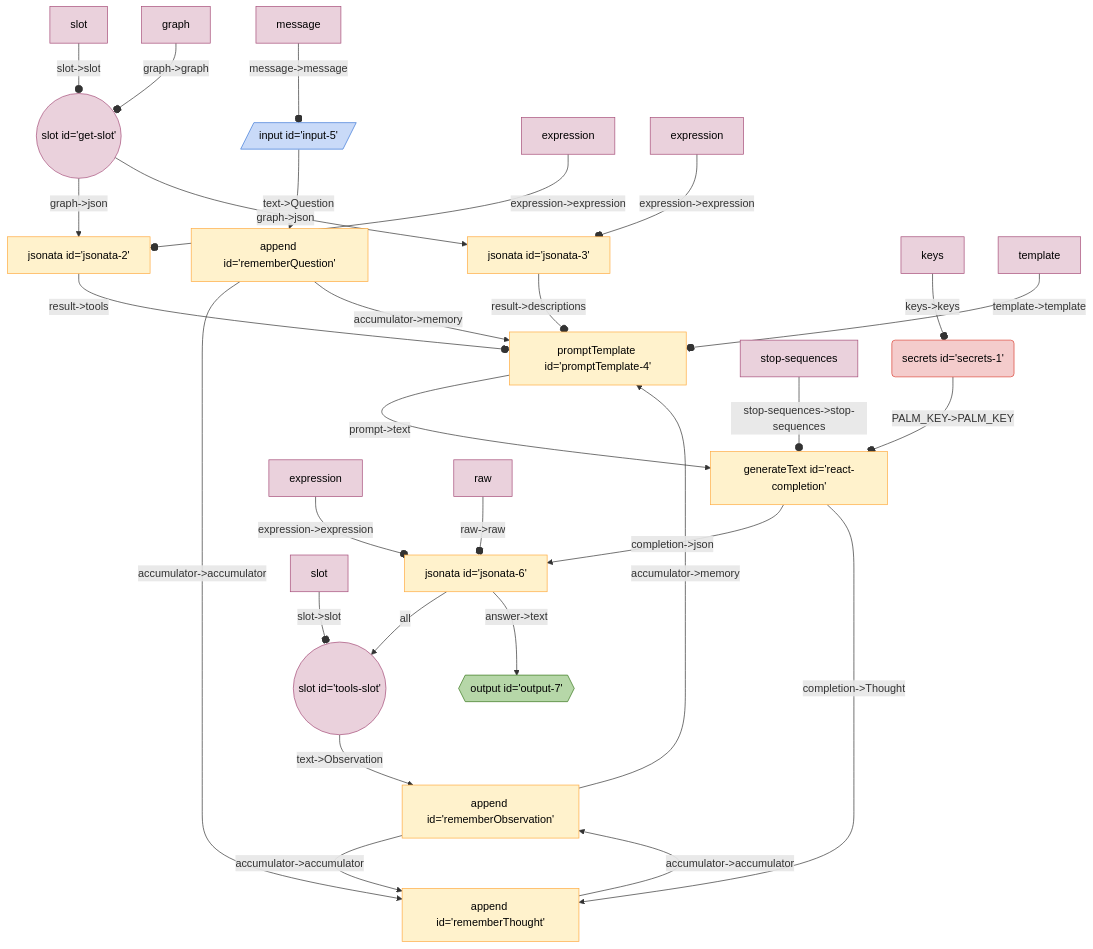
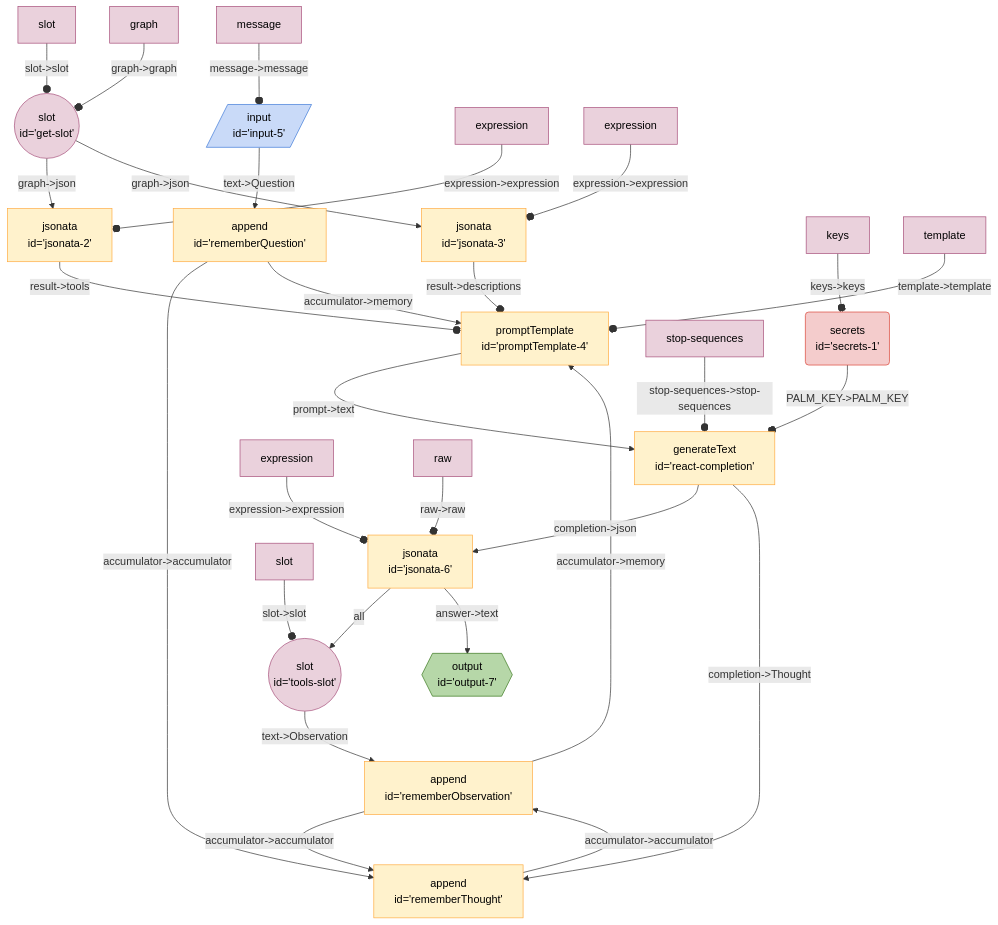
Before and after one commit to breadboard-ai/breadboard: the diagram in seeds/graph-playground/docs/graphs/react-with-slot.md, drawn with Mermaid. The commit also changed 16 other files, not shown here.

First line of the commit message:
add line break back to mermaid diagrams

````diff
--- a/seeds/graph-playground/docs/graphs/react-with-slot.md
+++ b/seeds/graph-playground/docs/graphs/react-with-slot.md
@@ -5,40 +5,40 @@
   ```mermaid
   %%{init: 'themeVariables': { 'fontFamily': 'Fira Code, monospace' }}%%
 graph TD;
-getslot(("slot id='get-slot'")):::slot -- "graph->json" --> jsonata2["jsonata id='jsonata-2'"]
-getslot(("slot id='get-slot'")):::slot -- "graph->json" --> jsonata3["jsonata id='jsonata-3'"]
-jsonata3["jsonata id='jsonata-3'"] -- "result->descriptions" --o promptTemplate4["promptTemplate id='promptTemplate-4'"]
-jsonata2["jsonata id='jsonata-2'"] -- "result->tools" --o promptTemplate4["promptTemplate id='promptTemplate-4'"]
-rememberObservation["append id='rememberObservation'"] -- "accumulator->memory" --> promptTemplate4["promptTemplate id='promptTemplate-4'"]
-rememberThought["append id='rememberThought'"] -- "accumulator->accumulator" --> rememberObservation["append id='rememberObservation'"]
-rememberObservation["append id='rememberObservation'"] -- "accumulator->accumulator" --> rememberThought["append id='rememberThought'"]
-rememberQuestion["append id='rememberQuestion'"] -- "accumulator->accumulator" --> rememberThought["append id='rememberThought'"]
-rememberQuestion["append id='rememberQuestion'"] -- "accumulator->memory" --> promptTemplate4["promptTemplate id='promptTemplate-4'"]
-input5[/"input id='input-5'"/]:::input -- "text->Question" --> rememberQuestion["append id='rememberQuestion'"]
-secrets1("secrets id='secrets-1'"):::secrets -- "PALM_KEY->PALM_KEY" --o reactcompletion["generateText id='react-completion'"]
-toolsslot(("slot id='tools-slot'")):::slot -- "text->Observation" --> rememberObservation["append id='rememberObservation'"]
-jsonata6["jsonata id='jsonata-6'"] -- all --> toolsslot(("slot id='tools-slot'")):::slot
-jsonata6["jsonata id='jsonata-6'"] -- "answer->text" --> output7{{"output id='output-7'"}}:::output
-reactcompletion["generateText id='react-completion'"] -- "completion->json" --> jsonata6["jsonata id='jsonata-6'"]
-reactcompletion["generateText id='react-completion'"] -- "completion->Thought" --> rememberThought["append id='rememberThought'"]
-promptTemplate4["promptTemplate id='promptTemplate-4'"] -- "prompt->text" --> reactcompletion["generateText id='react-completion'"]
+getslot(("slot <br> id='get-slot'")):::slot -- "graph->json" --> jsonata2["jsonata <br> id='jsonata-2'"]
+getslot(("slot <br> id='get-slot'")):::slot -- "graph->json" --> jsonata3["jsonata <br> id='jsonata-3'"]
+jsonata3["jsonata <br> id='jsonata-3'"] -- "result->descriptions" --o promptTemplate4["promptTemplate <br> id='promptTemplate-4'"]
+jsonata2["jsonata <br> id='jsonata-2'"] -- "result->tools" --o promptTemplate4["promptTemplate <br> id='promptTemplate-4'"]
+rememberObservation["append <br> id='rememberObservation'"] -- "accumulator->memory" --> promptTemplate4["promptTemplate <br> id='promptTemplate-4'"]
+rememberThought["append <br> id='rememberThought'"] -- "accumulator->accumulator" --> rememberObservation["append <br> id='rememberObservation'"]
+rememberObservation["append <br> id='rememberObservation'"] -- "accumulator->accumulator" --> rememberThought["append <br> id='rememberThought'"]
+rememberQuestion["append <br> id='rememberQuestion'"] -- "accumulator->accumulator" --> rememberThought["append <br> id='rememberThought'"]
+rememberQuestion["append <br> id='rememberQuestion'"] -- "accumulator->memory" --> promptTemplate4["promptTemplate <br> id='promptTemplate-4'"]
+input5[/"input <br> id='input-5'"/]:::input -- "text->Question" --> rememberQuestion["append <br> id='rememberQuestion'"]
+secrets1("secrets <br> id='secrets-1'"):::secrets -- "PALM_KEY->PALM_KEY" --o reactcompletion["generateText <br> id='react-completion'"]
+toolsslot(("slot <br> id='tools-slot'")):::slot -- "text->Observation" --> rememberObservation["append <br> id='rememberObservation'"]
+jsonata6["jsonata <br> id='jsonata-6'"] -- all --> toolsslot(("slot <br> id='tools-slot'")):::slot
+jsonata6["jsonata <br> id='jsonata-6'"] -- "answer->text" --> output7{{"output <br> id='output-7'"}}:::output
+reactcompletion["generateText <br> id='react-completion'"] -- "completion->json" --> jsonata6["jsonata <br> id='jsonata-6'"]
+reactcompletion["generateText <br> id='react-completion'"] -- "completion->Thought" --> rememberThought["append <br> id='rememberThought'"]
+promptTemplate4["promptTemplate <br> id='promptTemplate-4'"] -- "prompt->text" --> reactcompletion["generateText <br> id='react-completion'"]
 keyssecrets1[keys]:::config -- "keys->keys" --o secrets1
 slotgetslot[slot]:::config -- "slot->slot" --o getslot
 graphgetslot[graph]:::config -- "graph->graph" --o getslot
 expressionjsonata2[expression]:::config -- "expression->expression" --o jsonata2
 expressionjsonata3[expression]:::config -- "expression->expression" --o jsonata3
 templatepromptTemplate4[template]:::config -- "template->template" --o promptTemplate4
 messageinput5[message]:::config -- "message->message" --o input5
 stopsequencesreactcompletion[stop-sequences]:::config -- "stop-sequences->stop-sequences" --o reactcompletion
 expressionjsonata6[expression]:::config -- "expression->expression" --o jsonata6
 rawjsonata6[raw]:::config -- "raw->raw" --o jsonata6
 slottoolsslot[slot]:::config -- "slot->slot" --o toolsslot
 classDef default stroke:#ffab40,fill:#fff2ccff,color:#000
 classDef input stroke:#3c78d8,fill:#c9daf8ff,color:#000
 classDef output stroke:#38761d,fill:#b6d7a8ff,color:#000
 classDef passthrough stroke:#a64d79,fill:#ead1dcff,color:#000
 classDef slot stroke:#a64d79,fill:#ead1dcff,color:#000
 classDef config stroke:#a64d79,fill:#ead1dcff,color:#000
 classDef secrets stroke:#db4437,fill:#f4cccc,color:#000
 classDef slotted stroke:#a64d79
   ```
````
